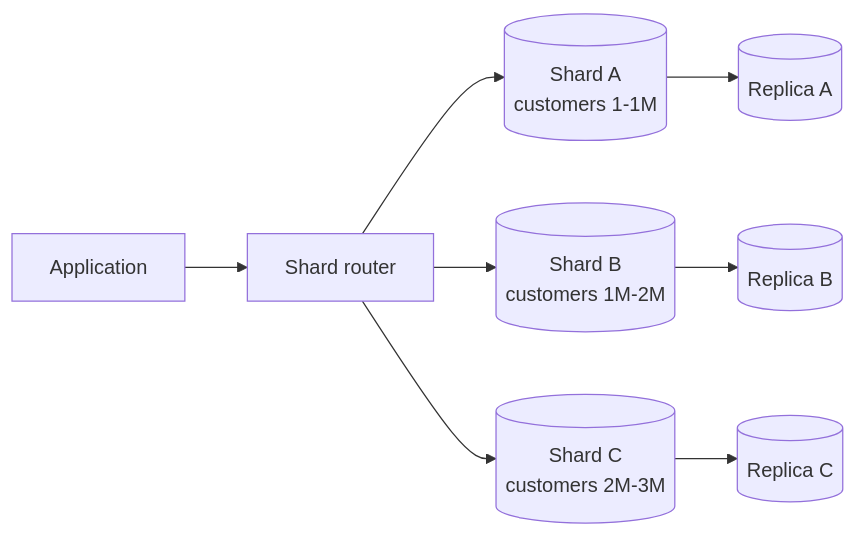
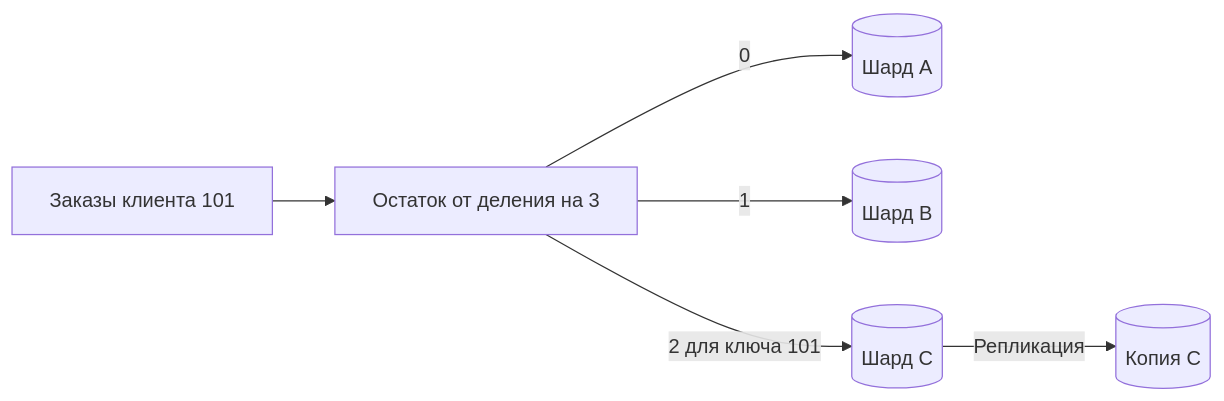
One commit to Kert0n/KPO changed the fourth of 5 diagrams in content/lectures/Lec9/vitepress.md. Above: the diagram before and after it, drawn with Mermaid. The commit also changed other lines of this file, not shown here.

````diff
--- a/content/lectures/Lec9/vitepress.md
+++ b/content/lectures/Lec9/vitepress.md
@@ -947,10 +517,8 @@
 ```mermaid
 flowchart LR
-    App["Application"] --> Router["Shard router"]
-    Router --> ShardA[("Shard A\ncustomers 1-1M")]
-    Router --> ShardB[("Shard B\ncustomers 1M-2M")]
-    Router --> ShardC[("Shard C\ncustomers 2M-3M")]
-    ShardA --> ReplicaA[("Replica A")]
-    ShardB --> ReplicaB[("Replica B")]
-    ShardC --> ReplicaC[("Replica C")]
+    Client["Заказы клиента 101"] --> Router["Остаток от деления на 3"]
+    Router -->|"0"| A[("Шард A")]
+    Router -->|"1"| B[("Шард B")]
+    Router -->|"2 для ключа 101"| C[("Шард C")]
+    C -->|"Репликация"| R[("Копия C")]
 ```
````
